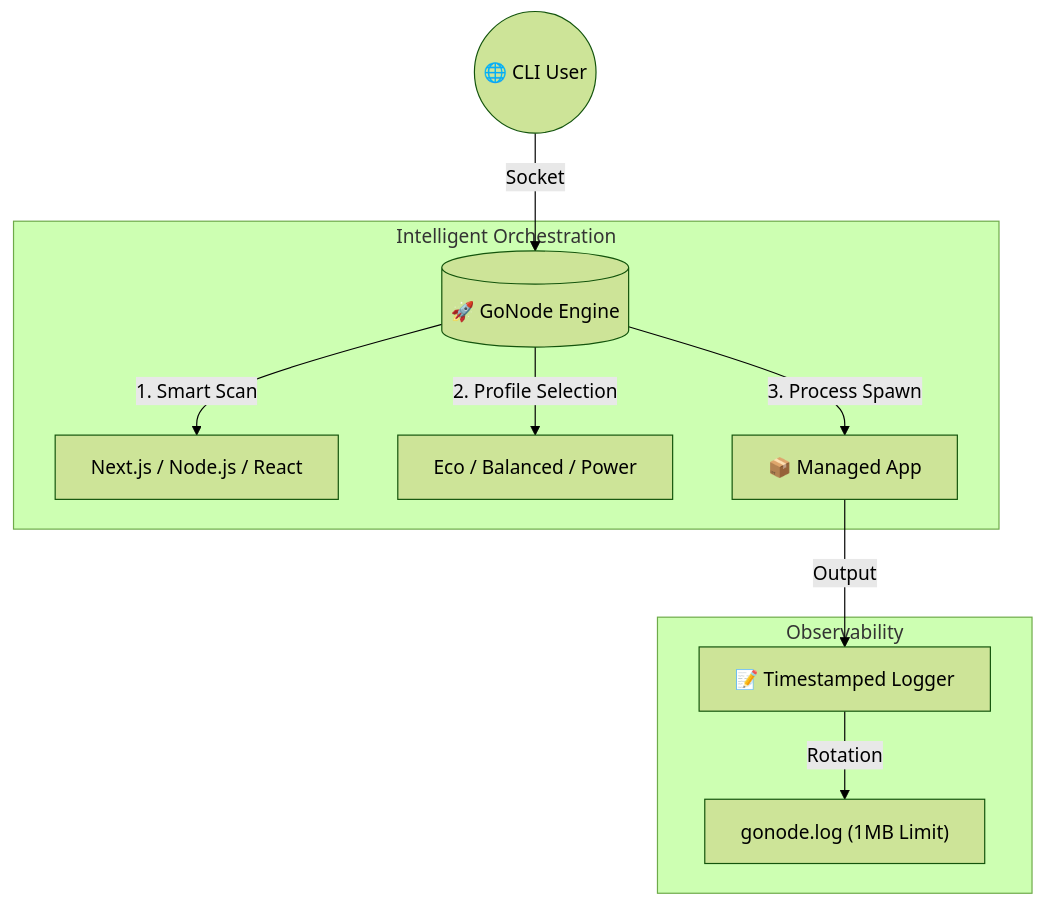
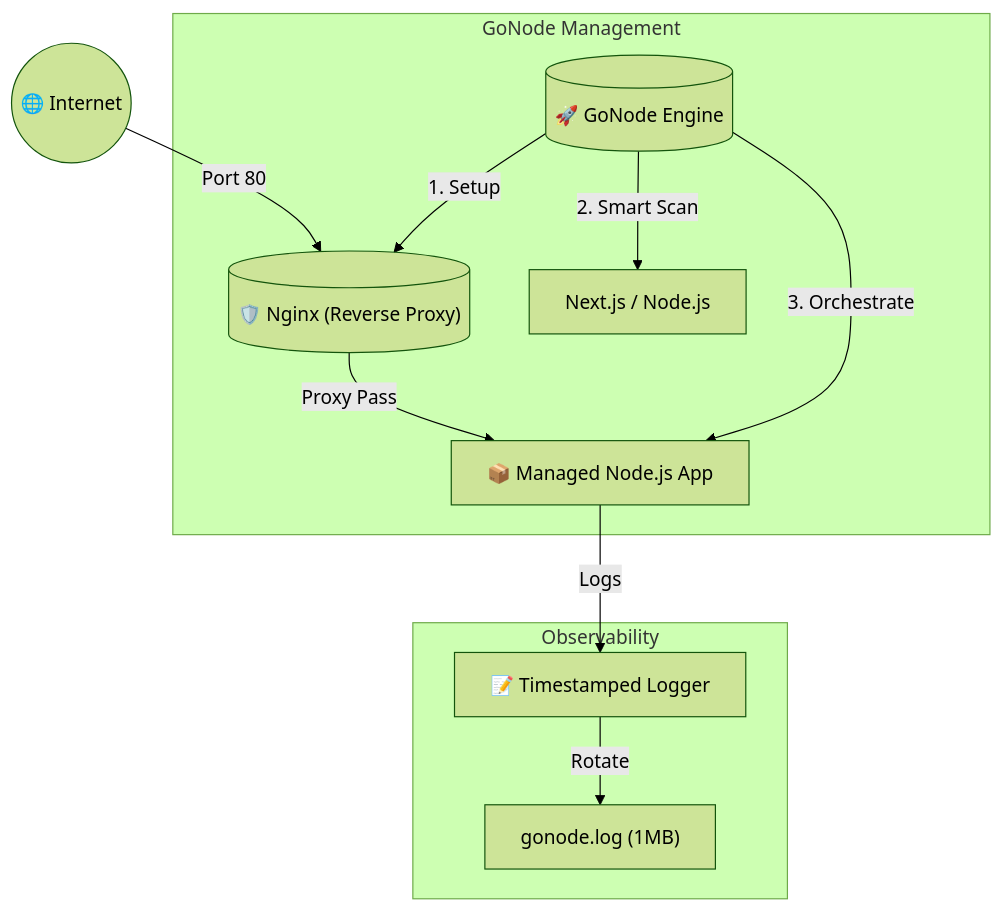
One commit to RayhanDitaAdam/NodeFlow-Adaptive-Orchestrator changed the diagram in README.md. Above: the diagram before and after it, drawn with Mermaid (forest theme). The commit also changed other lines of this file and 5 other files, not shown here.

Commit message:
feat: add nginx orchestration and update flow documentation

````diff
--- a/README.md
+++ b/README.md
@@ -20,15 +15,16 @@
 ```mermaid
 graph TD
-    User((🌐 CLI User)) -->|Socket| GoNode[("🚀 GoNode Engine")]
+    Client((🌐 Internet)) -->|Port 80| Nginx[("🛡️ Nginx (Reverse Proxy)")]
+    Nginx -->|Proxy Pass| NodeApp["📦 Managed Node.js App"]
     
-    subgraph "Intelligent Orchestration"
-    GoNode -->|1. Smart Scan| Detector[Next.js / Node.js / React]
-    GoNode -->|2. Profile Selection| Spec[Eco / Balanced / Power]
-    GoNode -->|3. Process Spawn| NodeApp["📦 Managed App"]
+    subgraph "GoNode Management"
+    GoNode[("🚀 GoNode Engine")] -->|1. Setup| Nginx
+    GoNode -->|2. Smart Scan| Detector[Next.js / Node.js]
+    GoNode -->|3. Orchestrate| NodeApp
     end
 
     subgraph "Observability"
-    NodeApp -->|Output| Logger["📝 Timestamped Logger"]
-    Logger -->|Rotation| LogFile["gonode.log (1MB Limit)"]
+    NodeApp -->|Logs| Logger["📝 Timestamped Logger"]
+    Logger -->|Rotate| LogFile["gonode.log (1MB)"]
     end
 ```
````
